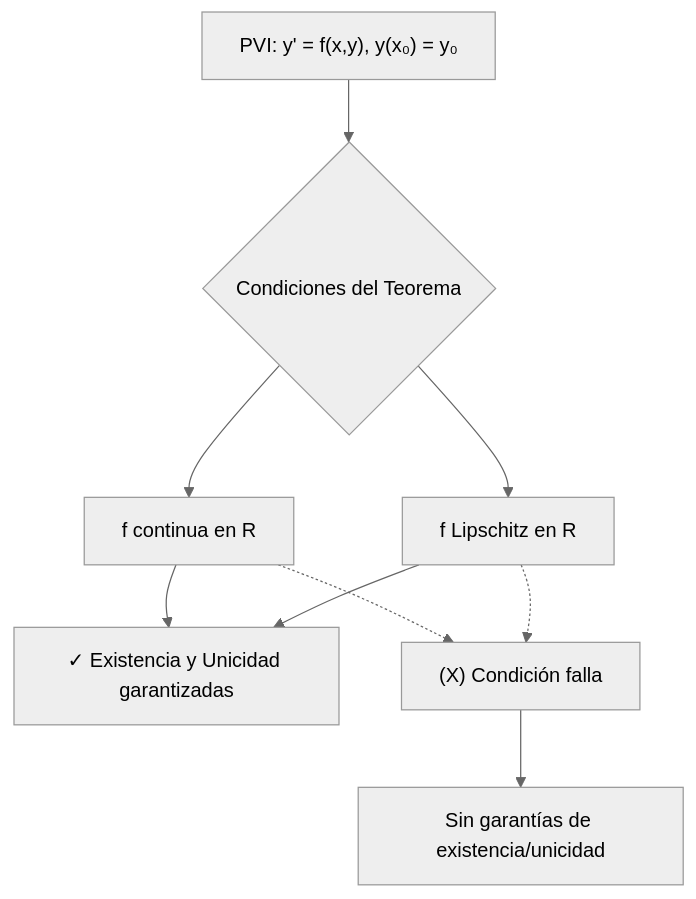
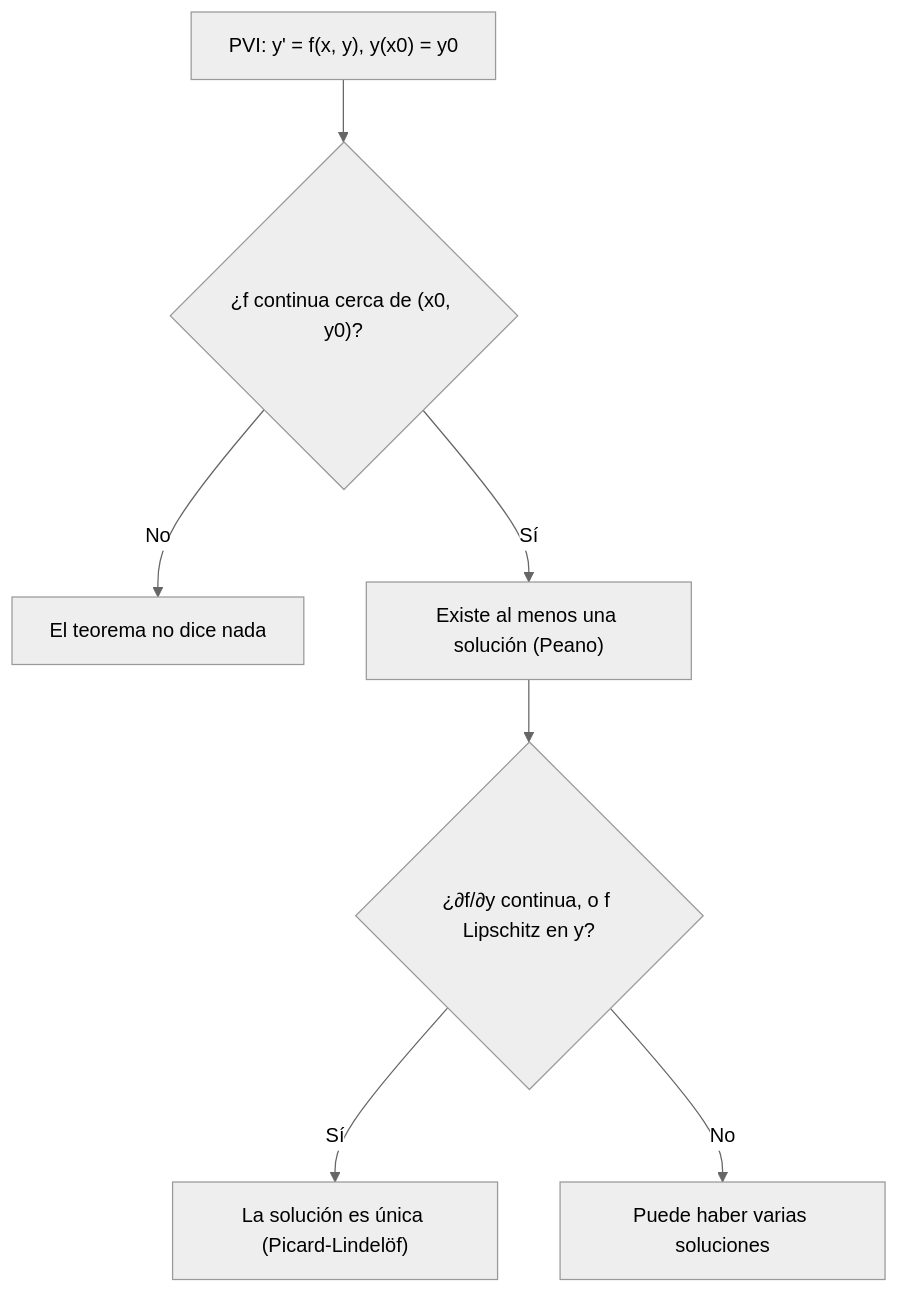
Before and after one commit to djaimej/computer-science-template: the diagram in public/documents/semester-4/3/4321.md, drawn with Mermaid (neutral theme). The commit also changed other lines of this file and 2 other files, not shown here.

````diff
--- a/public/documents/semester-4/3/4321.md
+++ b/public/documents/semester-4/3/4321.md
@@ -46,12 +45,9 @@
 ```mermaid
 flowchart TD
-    A["PVI: y' = f(x,y), y(x₀) = y₀"] --> B{Condiciones del Teorema}
-    B --> C1["f continua en R"]
-    B --> C2["f Lipschitz en R"]
-
-    C1 & C2 --> D[✓ Existencia y Unicidad garantizadas]
-
-    C1 -.-> E["(X) Condición falla"]
-    C2 -.-> E
-    E --> F["Sin garantías de existencia/unicidad"]
+    A["PVI: y' = f(x, y), y(x0) = y0"] --> B{"¿f continua cerca de (x0, y0)?"}
+    B -->|No| C["El teorema no dice nada"]
+    B -->|Sí| D["Existe al menos una solución (Peano)"]
+    D --> E{"¿∂f/∂y continua, o f Lipschitz en y?"}
+    E -->|Sí| F["La solución es única (Picard-Lindelöf)"]
+    E -->|No| G["Puede haber varias soluciones"]
 ```
````
